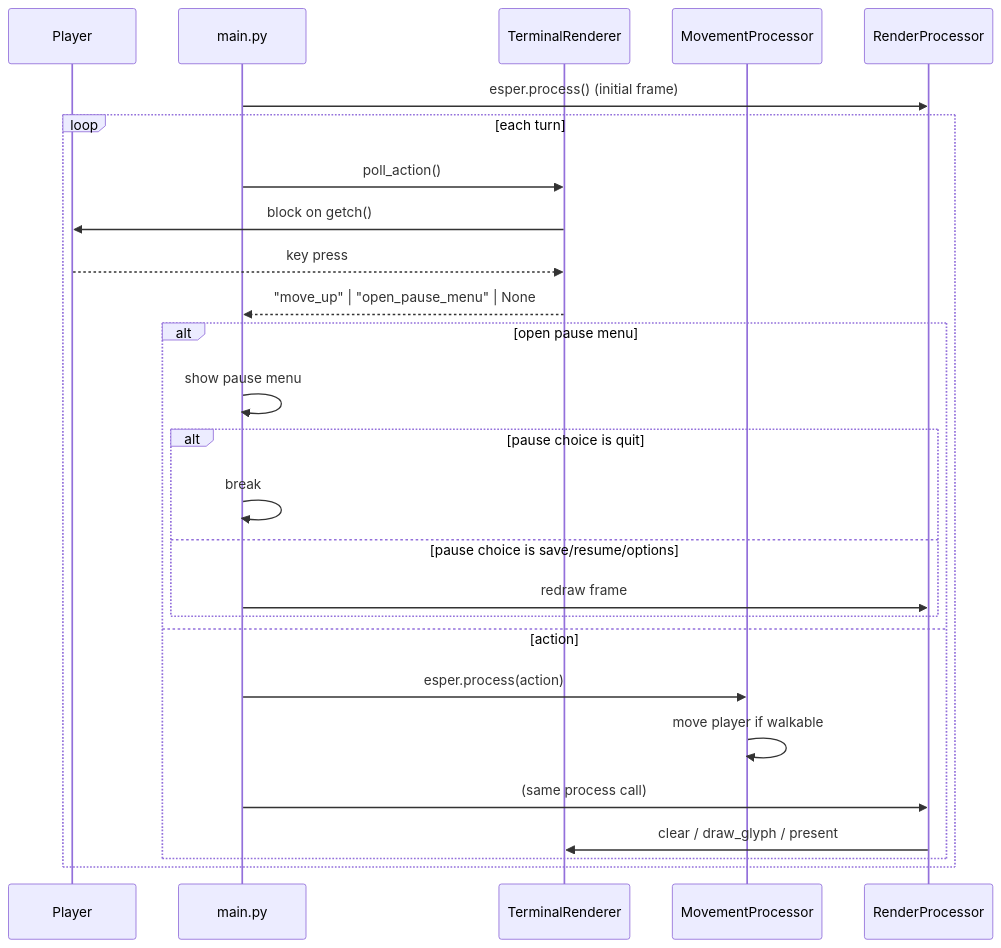
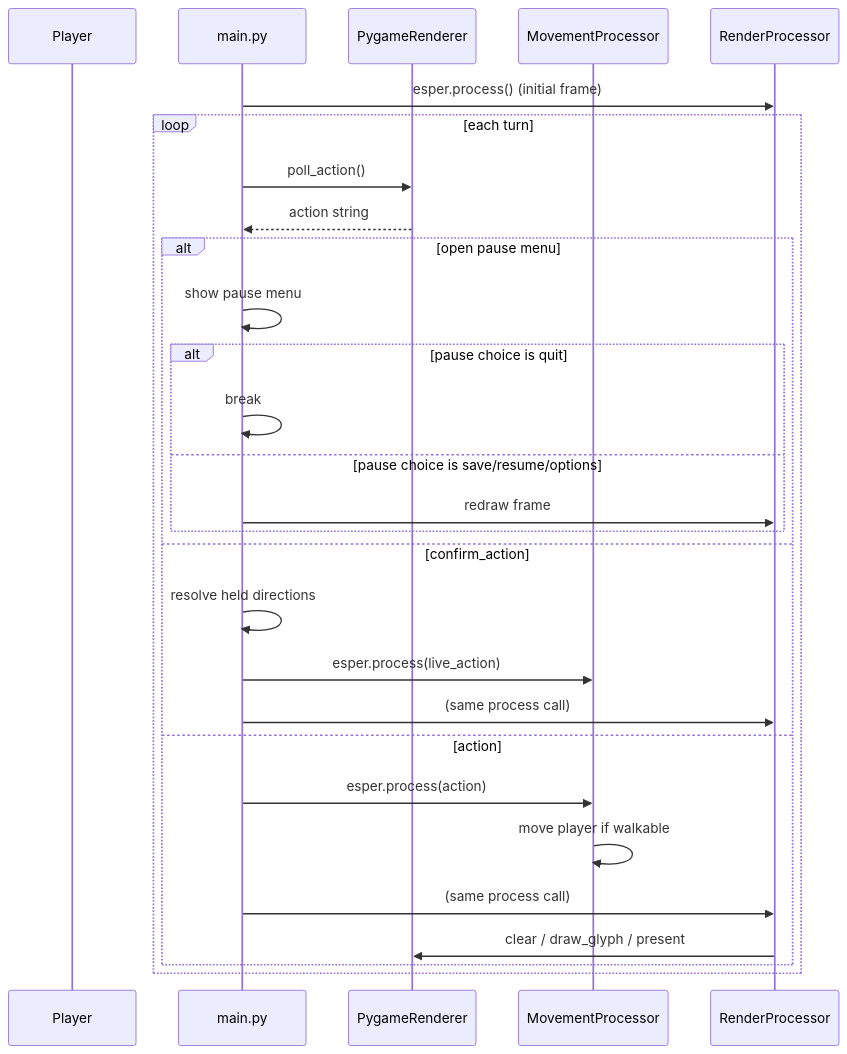
Before and after one commit to synaption/Tales_of_Derision: the second of 2 diagrams in wiki/Architecture.md, drawn with Mermaid. The commit also changed other lines of this file and 15 other files, not shown here.

````diff
--- a/wiki/Architecture.md
+++ b/wiki/Architecture.md
@@ -60,28 +60,30 @@
 ```mermaid
 sequenceDiagram
     participant U as Player
     participant Main as main.py
-    participant Ren as TerminalRenderer
+    participant Ren as PygameRenderer
     participant Move as MovementProcessor
     participant Draw as RenderProcessor
     Main->>Draw: esper.process()  (initial frame)
     loop each turn
         Main->>Ren: poll_action()
-        Ren->>U: block on getch()
-        U-->>Ren: key press
-        Ren-->>Main: "move_up" | "open_pause_menu" | None
+        Ren-->>Main: action string
         alt open pause menu
             Main->>Main: show pause menu
             alt pause choice is quit
                 Main->>Main: break
             else pause choice is save/resume/options
                 Main->>Draw: redraw frame
             end
+        else confirm_action
+            Main->>Main: resolve held directions
+            Main->>Move: esper.process(live_action)
+            Main->>Draw: (same process call)
         else action
             Main->>Move: esper.process(action)
             Move->>Move: move player if walkable
             Main->>Draw: (same process call)
             Draw->>Ren: clear / draw_glyph / present
         end
     end
 ```
````
